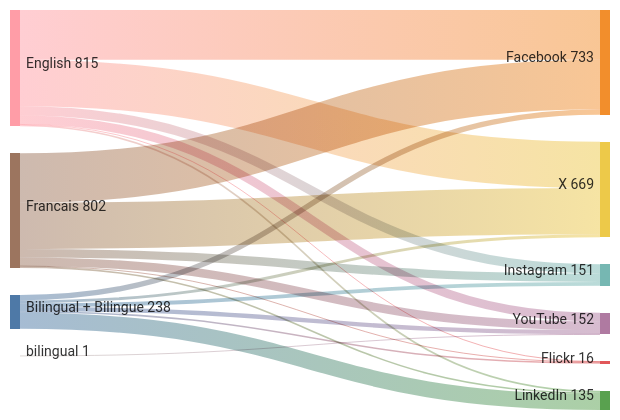
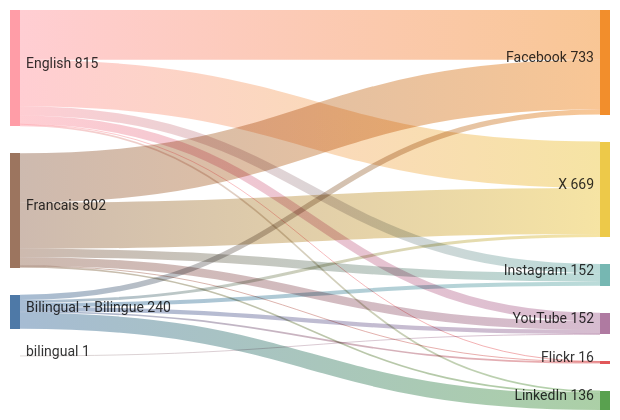
One commit to PatLittle/GC-Socials changed the diagram in sankey_diagram.md. Above: the diagram before and after it, drawn with Mermaid.

Commit message:
Update Sankey diagram for the most recent day

````diff
--- a/sankey_diagram.md
+++ b/sankey_diagram.md
@@ -1,22 +1,22 @@
 ```mermaid
 sankey-beta
   Bilingual + Bilingue,Facebook,38
   Bilingual + Bilingue,Flickr,11
-  Bilingual + Bilingue,Instagram,27
-  Bilingual + Bilingue,LinkedIn,112
+  Bilingual + Bilingue,Instagram,28
+  Bilingual + Bilingue,LinkedIn,113
   Bilingual + Bilingue,X,20
   Bilingual + Bilingue,YouTube,30
   English,Facebook,349
   English,Flickr,3
   English,Instagram,65
   English,LinkedIn,12
   English,X,325
   English,YouTube,61
   Francais,Facebook,346
   Francais,Flickr,2
   Francais,Instagram,59
   Francais,LinkedIn,11
   Francais,X,324
   Francais,YouTube,60
   bilingual,YouTube,1
 ```
````
